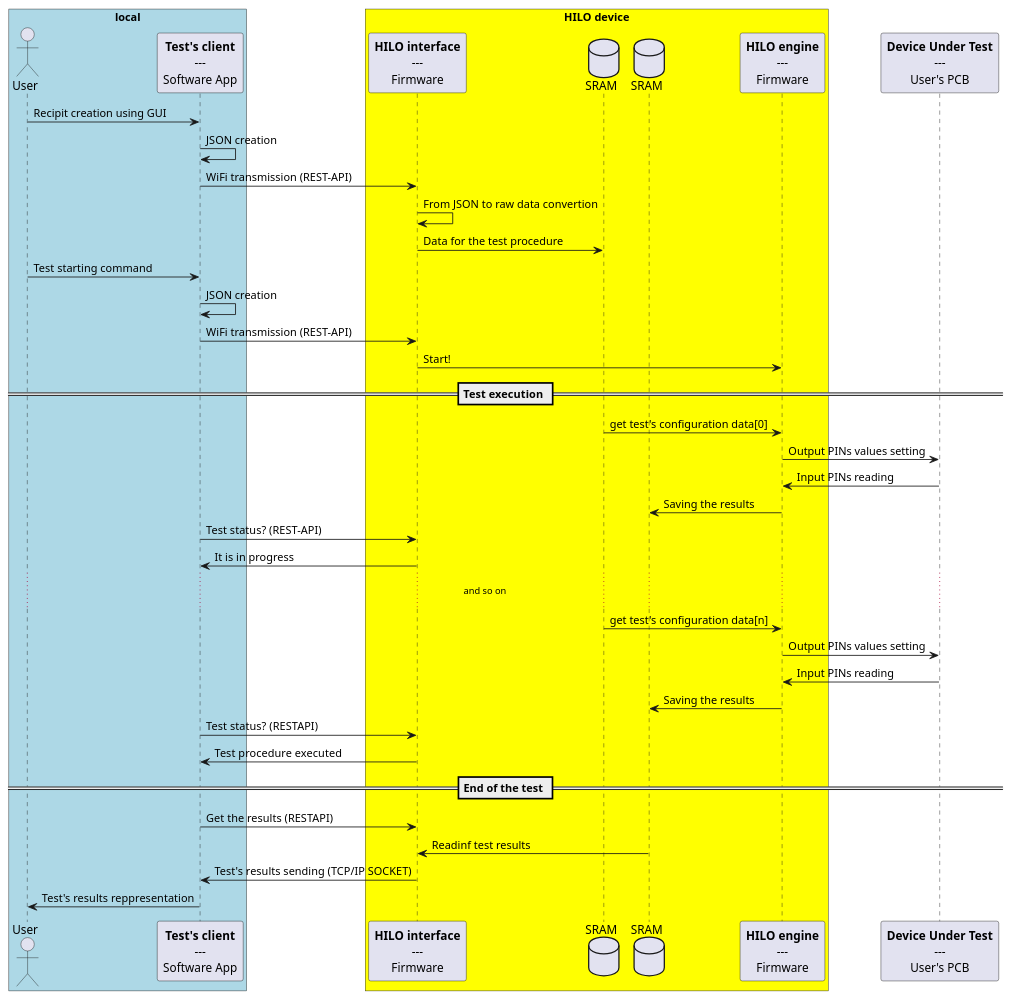
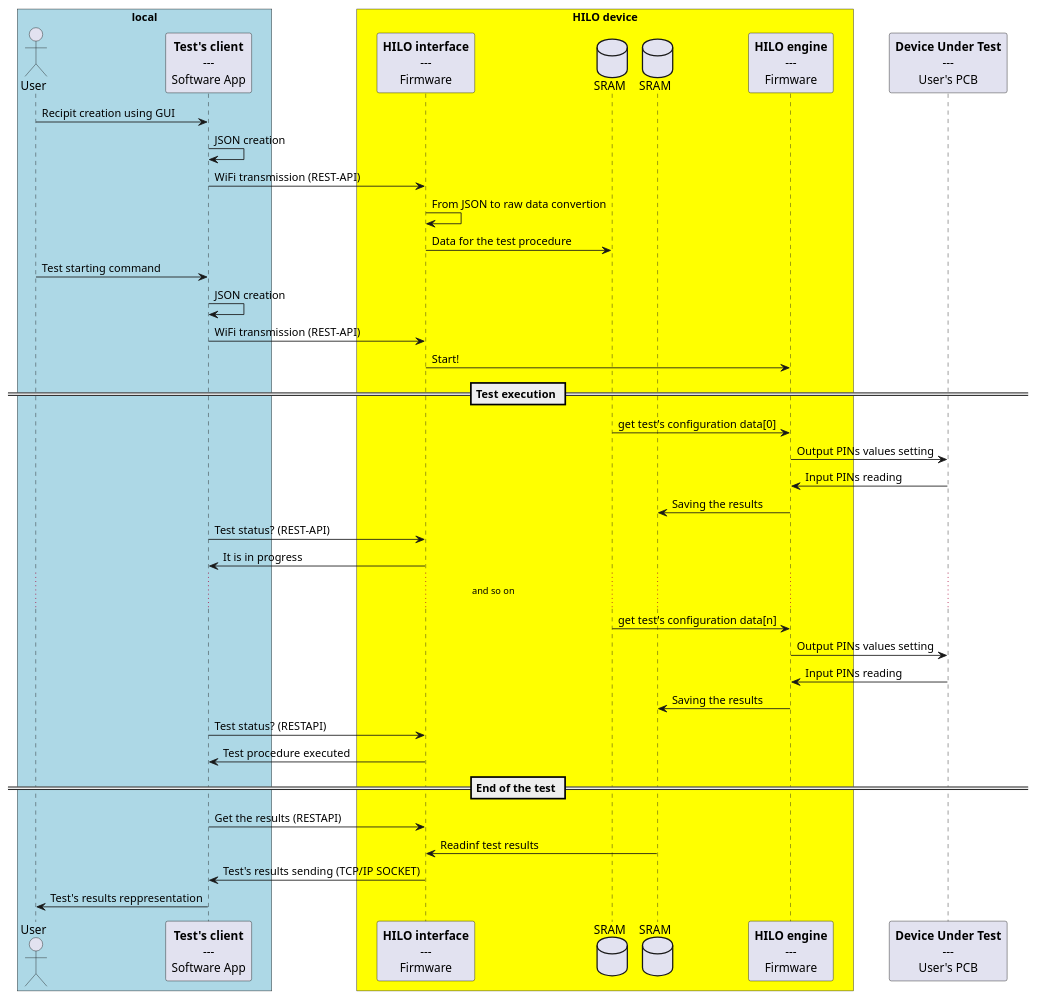
One commit to catinella/HILO changed the diagram in images/overviewFirmwarSequenceDiagram.puml. Above: the diagram before and after it, drawn with PlantUML. The commit also changed 1 other file, not shown here.

```diff
--- a/images/overviewFirmwarSequenceDiagram.puml
+++ b/images/overviewFirmwarSequenceDiagram.puml
@@ -3,88 +3,91 @@
 @startuml
+
+skinparam ParticipantPadding 20
+skinparam BoxPadding 10
 
 '-------------------------------------------------------------------------------------------------------------------------------
 '                                                    P A R T I C I P A N T S
 '-------------------------------------------------------------------------------------------------------------------------------
 
 actor "User" as USER
 
 participant TCL [
 	**Test's client**
 	---
 	Software App
 ]
 
 box "local" #LightBlue
 	actor USER
 	participant TCL
 end box
 
 participant HILOIF [
 	**HILO interface**
 	---
 	Firmware
 ]
 
 database "SRAM" as SRAM1
 database "SRAM" as SRAM2
 
 participant HILOEN [
 	**HILO engine**
 	---
 	Firmware
 ]
 
 box "HILO device" #Yellow
 	participant HILOIF
 	database    SRAM1
 	database    SRAM2
 	participant HILOEN
 end box
 
 participant DUT [
 	**Device Under Test**
 	---
 	User's PCB
 ]
 
 '-------------------------------------------------------------------------------------------------------------------------------
 '                              P A R T I C I P A N T ' s   I N T E R A C T I O N S
 '-------------------------------------------------------------------------------------------------------------------------------
 
 USER   -> TCL:    Recipit creation using GUI
 TCL    -> TCL:    JSON creation
 TCL    -> HILOIF: WiFi transmission (REST-API)
 HILOIF -> HILOIF: From JSON to raw data convertion
 HILOIF -> SRAM1:  Data for the test procedure
 USER   -> TCL:    Test starting command
 TCL    -> TCL:    JSON creation
 TCL    -> HILOIF: WiFi transmission (REST-API)
 HILOIF -> HILOEN: Start!
 
 == Test execution ==
 
 SRAM1  -> HILOEN: get test's configuration data[0]
 HILOEN -> DUT:    Output PINs values setting
 DUT    -> HILOEN: Input PINs reading
 HILOEN -> SRAM2:  Saving the results
 
 TCL    -> HILOIF: Test status? (REST-API)
 HILOIF -> TCL:    It is in progress
 
 ... and so on...
 
 SRAM1  -> HILOEN: get test's configuration data[n]
 HILOEN -> DUT:    Output PINs values setting
 DUT    -> HILOEN: Input PINs reading
 HILOEN -> SRAM2:  Saving the results
 
 TCL    -> HILOIF: Test status? (RESTAPI)
 HILOIF -> TCL:    Test procedure executed
 
 == End of the test ==
 
 TCL    -> HILOIF: Get the results (RESTAPI)
 SRAM2  -> HILOIF: Readinf test results
 HILOIF -> TCL:    Test's results sending (TCP/IP SOCKET)
 TCL    -> USER:   Test's results reppresentation
 @enduml
```
